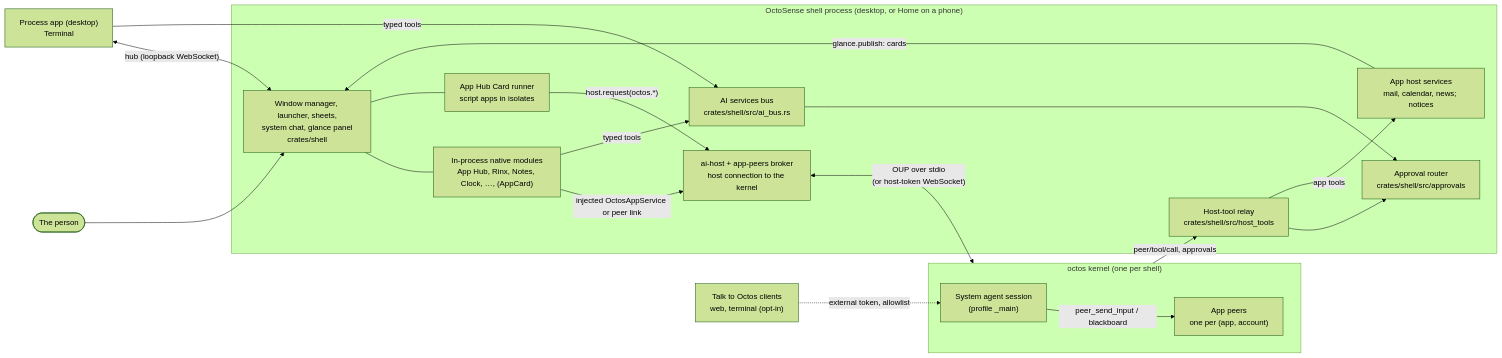
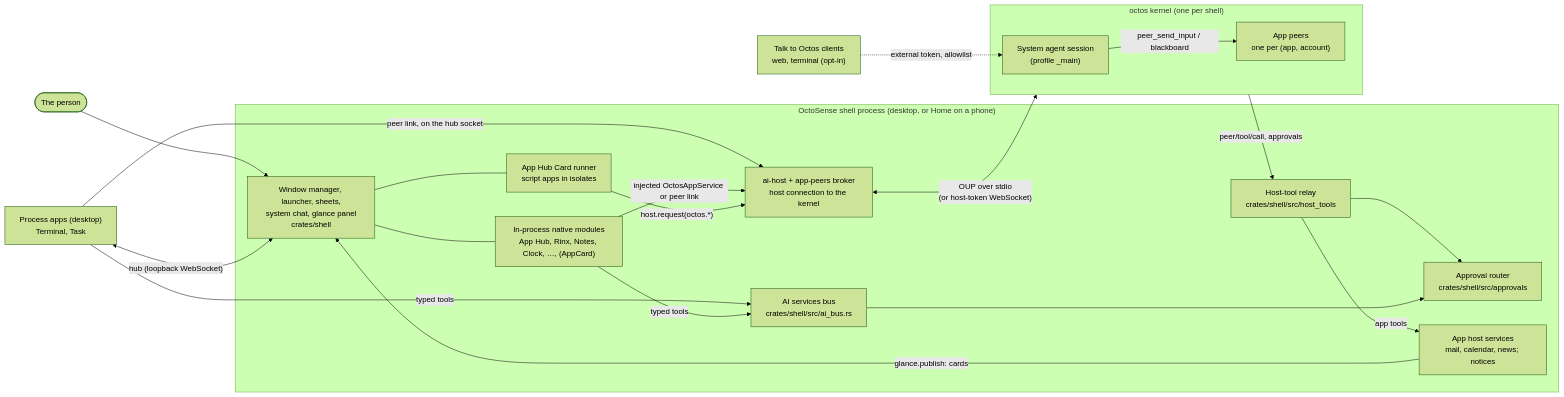
Before and after one commit to OctoSense-org/OctoSense: the first of 5 diagrams in docs/architecture.md, drawn with Mermaid (forest theme). The commit also changed other lines of this file and 12 other files, not shown here.

````diff
--- a/docs/architecture.md
+++ b/docs/architecture.md
@@ -37,36 +31,37 @@
 ```mermaid
 flowchart LR
   person(["The person"])
   subgraph shellp["OctoSense shell process (desktop, or Home on a phone)"]
     wm["Window manager, launcher, sheets,<br/>system chat, glance panel<br/>crates/shell"]
     mods["In-process native modules<br/>App Hub, Rinx, Notes, Clock, …, (AppCard)"]
     runner["App Hub Card runner<br/>script apps in isolates"]
     router["Approval router<br/>crates/shell/src/approvals"]
     aihost["ai-host + app-peers broker<br/>host connection to the kernel"]
     relay["Host-tool relay<br/>crates/shell/src/host_tools"]
     svc["App host services<br/>mail, calendar, news; notices"]
     bus["AI services bus<br/>crates/shell/src/ai_bus.rs"]
   end
-  term["Process app (desktop)<br/>Terminal"]
+  term["Process apps (desktop)<br/>Terminal, Task"]
   subgraph kern["octos kernel (one per shell)"]
     sys["System agent session<br/>(profile _main)"]
     peers["App peers<br/>one per (app, account)"]
   end
   ext["Talk to Octos clients<br/>web, terminal (opt-in)"]
   person --> wm
   wm --- mods
   wm --- runner
   term <-->|"hub (loopback WebSocket)"| wm
+  term -- "peer link, on the hub socket" --> aihost
   mods -- "injected OctosAppService or peer link" --> aihost
   runner -- "host.request(octos.*)" --> aihost
   aihost <-->|"OUP over stdio<br/>(or host-token WebSocket)"| kern
   sys -- "peer_send_input / blackboard" --> peers
   ext -. "external token, allowlist" .-> sys
   kern -- "peer/tool/call, approvals" --> relay
   relay --> router
   relay -- "app tools" --> svc
   svc -- "glance.publish: cards" --> wm
   term -- "typed tools" --> bus
   mods -- "typed tools" --> bus
   bus --> router
 ```
````
